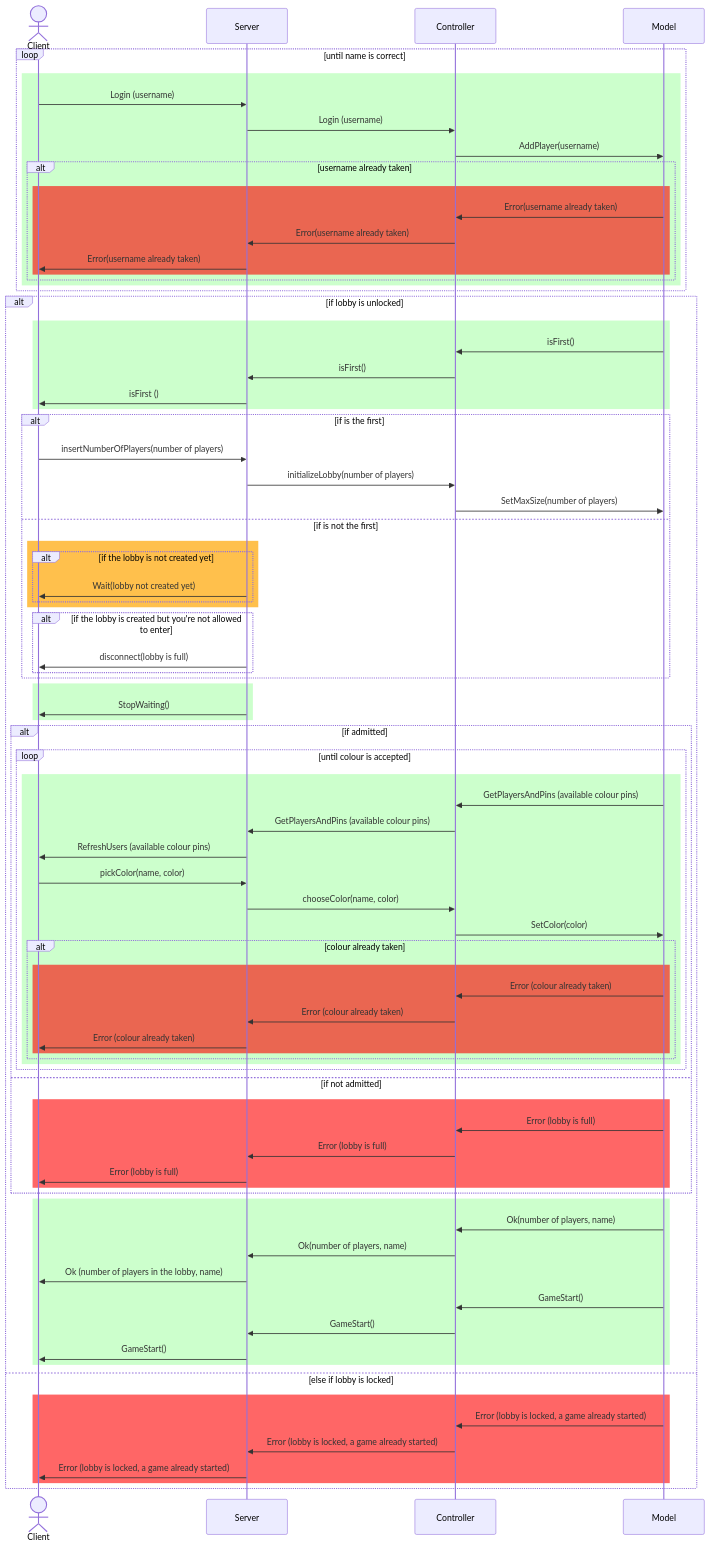
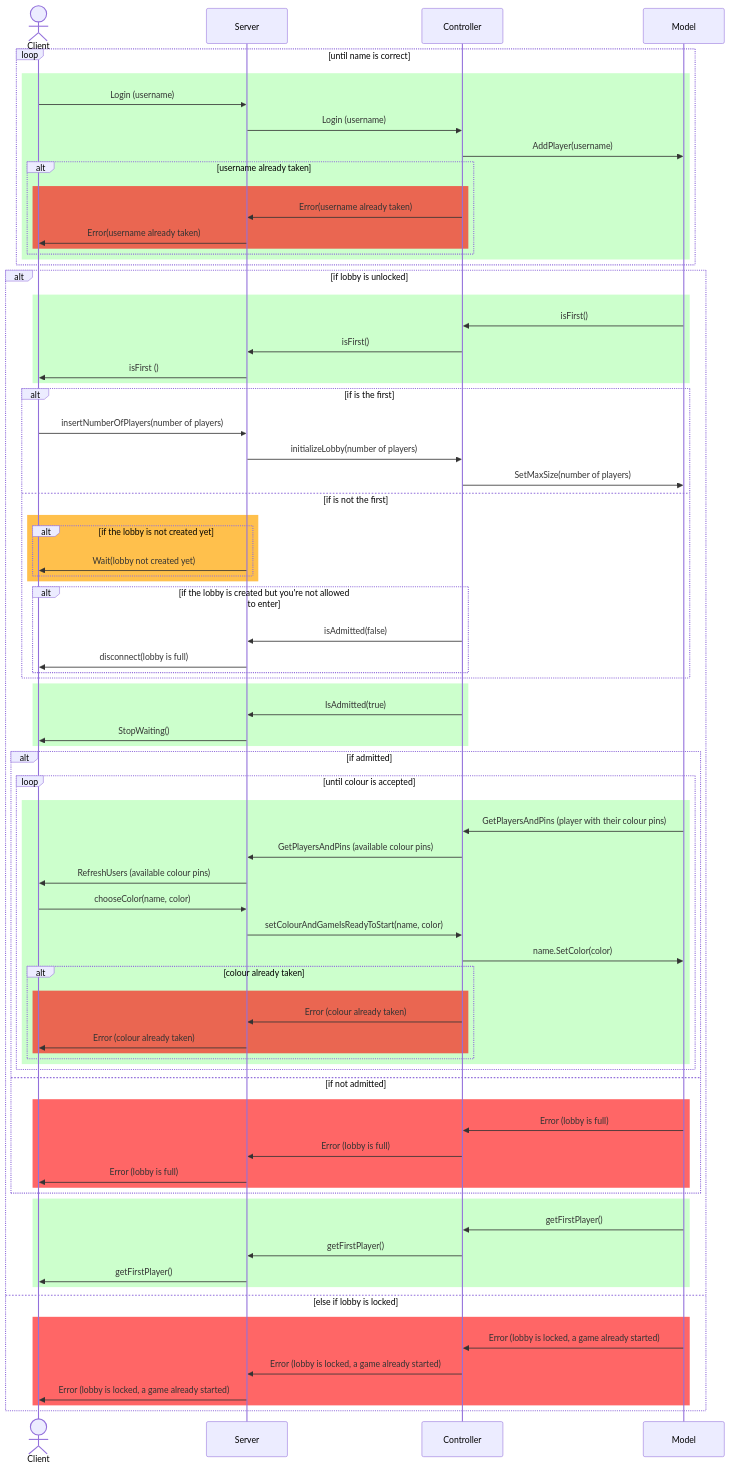
The first of 4 diagrams in deliverables/connection-serius.md (TheCaptainCraken/IS24-AM26), drawn with Mermaid before and after one commit. The commit also changed other lines of this file and 1 other file, not shown here.

Commit message:
correct data diagram

```diff
--- a/deliverables/connection-serius.md
+++ b/deliverables/connection-serius.md
@@ -25,7 +67,6 @@
 
          alt username already taken
             rect rgba(255, 0, 0, 0.6)
-               Model ->> Controller: Error(username already taken)
                Controller ->> Server: Error(username already taken)
                Server ->> Client: Error(username already taken)
             end
@@ -49,25 +90,26 @@
             end  
             end
             alt if the lobby is created but you're not allowed to enter 
+                Controller ->> Server: isAdmitted(false)
                 Server ->> Client:  disconnect(lobby is full)
             end
         end
 
         rect rgba(0, 255, 0, 0.2)
+        Controller ->> Server: IsAdmitted(true)
         Server ->> Client: StopWaiting()
         end
         alt if admitted
               loop until colour is accepted
               rect rgba(0, 255, 0, 0.2)
-                  Model ->> Controller: GetPlayersAndPins (available colour pins)
+                  Model ->> Controller: GetPlayersAndPins (player with their colour pins)
                   Controller ->> Server: GetPlayersAndPins (available colour pins)
                   Server ->> Client: RefreshUsers (available colour pins)
-                  Client ->> Server: pickColor(name, color)
-                  Server ->> Controller: chooseColor(name, color)
-                  Controller ->> Model: SetColor(color)
+                  Client ->> Server: chooseColor(name, color)
+                  Server ->> Controller: setColourAndGameIsReadyToStart(name, color)
+                  Controller ->> Model: name.SetColor(color)
                   alt colour already taken
                     rect rgba(255, 0, 0, 0.6)
-                    Model ->> Controller: Error (colour already taken)  
                     Controller ->> Server: Error (colour already taken)
                     Server ->> Client: Error (colour already taken) 
                     end
@@ -82,13 +124,10 @@
             end
         end
         rect rgba(0, 255, 0, 0.2)
-        Model ->> Controller: Ok(number of players, name)
-        Controller ->> Server: Ok(number of players, name)
-        Server ->> Client: Ok (number of players in the lobby, name)
         
-        Model ->> Controller: GameStart()
-        Controller ->> Server: GameStart()
-        Server ->> Client: GameStart()
+        Model ->> Controller: getFirstPlayer()
+        Controller ->> Server: getFirstPlayer()
+        Server ->> Client: getFirstPlayer()
         
         end
         
```
